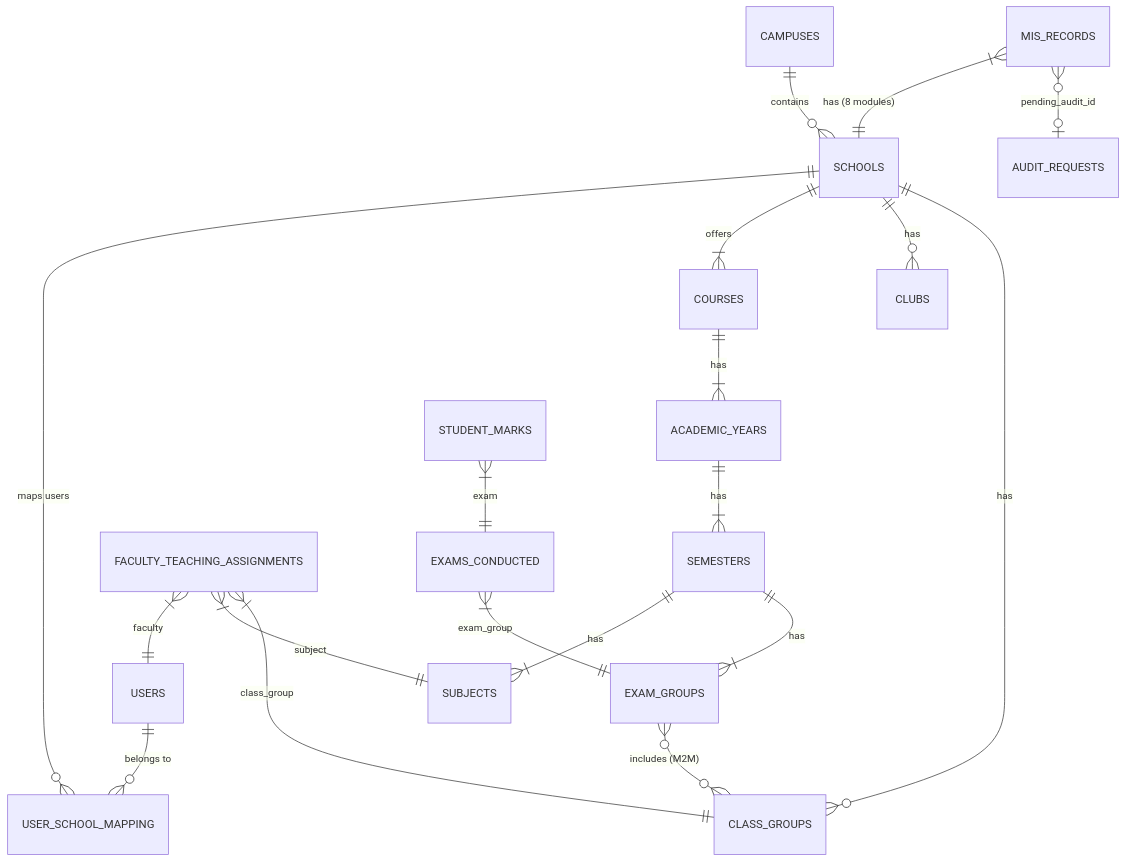
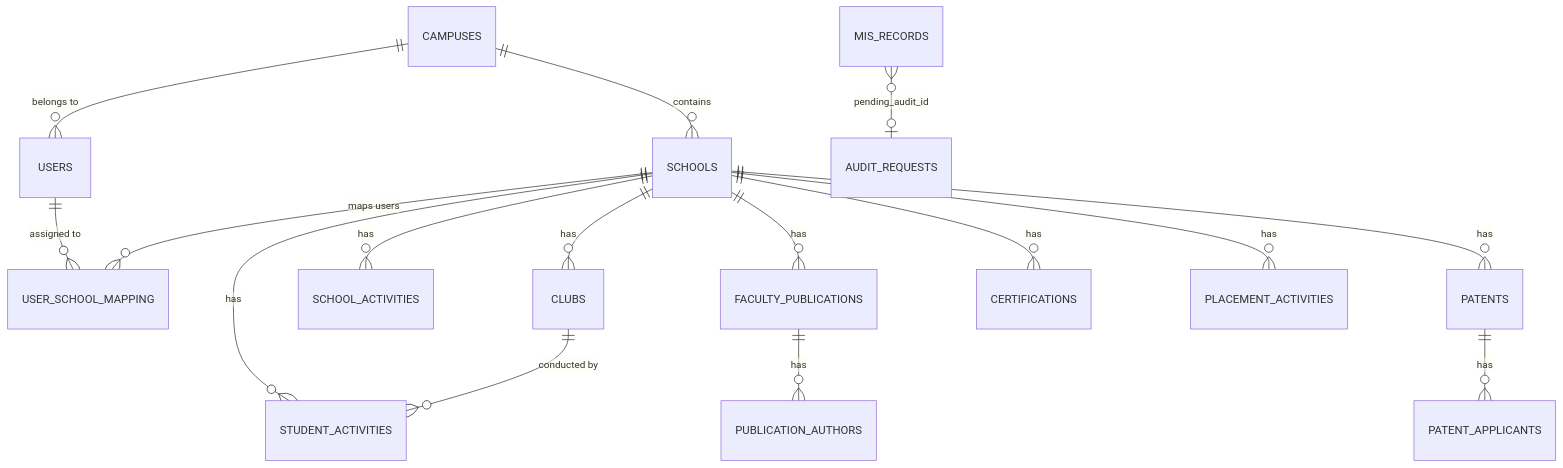
The fifth of 5 diagrams in README.md (aarushchaudhary/nmpralekh), drawn with Mermaid before and after one commit. The commit also changed other lines of this file, not shown here.

````diff
--- a/README.md
+++ b/README.md
@@ -673,26 +626,21 @@
 ```mermaid
 erDiagram
     CAMPUSES ||--o{ SCHOOLS : "contains"
+    CAMPUSES ||--o{ USERS : "belongs to"
     SCHOOLS ||--o{ USER_SCHOOL_MAPPING : "maps users"
-    USERS ||--o{ USER_SCHOOL_MAPPING : "belongs to"
+    USERS ||--o{ USER_SCHOOL_MAPPING : "assigned to"
+    SCHOOLS ||--o{ CLUBS : "has"
     
-    SCHOOLS ||--|{ COURSES : "offers"
-    COURSES ||--|{ ACADEMIC_YEARS : "has"
-    ACADEMIC_YEARS ||--|{ SEMESTERS : "has"
-    SEMESTERS ||--|{ SUBJECTS : "has"
-    SEMESTERS ||--|{ EXAM_GROUPS : "has"
-    EXAM_GROUPS }o--o{ CLASS_GROUPS : "includes (M2M)"
+    CLUBS ||--o{ STUDENT_ACTIVITIES : "conducted by"
+    SCHOOLS ||--o{ SCHOOL_ACTIVITIES : "has"
+    SCHOOLS ||--o{ STUDENT_ACTIVITIES : "has"
+    SCHOOLS ||--o{ FACULTY_PUBLICATIONS : "has"
+    SCHOOLS ||--o{ PATENTS : "has"
+    SCHOOLS ||--o{ CERTIFICATIONS : "has"
+    SCHOOLS ||--o{ PLACEMENT_ACTIVITIES : "has"
     
-    SCHOOLS ||--o{ CLUBS : "has"
-    SCHOOLS ||--o{ CLASS_GROUPS : "has"
+    FACULTY_PUBLICATIONS ||--o{ PUBLICATION_AUTHORS : "has"
+    PATENTS ||--o{ PATENT_APPLICANTS : "has"
     
-    FACULTY_TEACHING_ASSIGNMENTS }|--|| USERS : "faculty"
-    FACULTY_TEACHING_ASSIGNMENTS }|--|| SUBJECTS : "subject"
-    FACULTY_TEACHING_ASSIGNMENTS }|--|| CLASS_GROUPS : "class_group"
-    
-    EXAMS_CONDUCTED }|--|| EXAM_GROUPS : "exam_group"
-    STUDENT_MARKS }|--|| EXAMS_CONDUCTED : "exam"
-    
-    MIS_RECORDS }|--|| SCHOOLS : "has (8 modules)"
     MIS_RECORDS }o--o| AUDIT_REQUESTS : "pending_audit_id"
 ```
````
